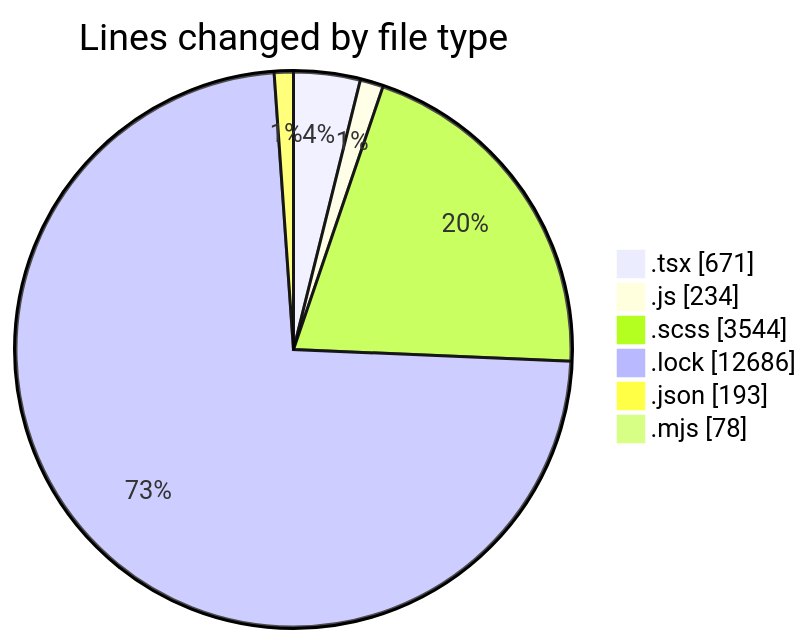
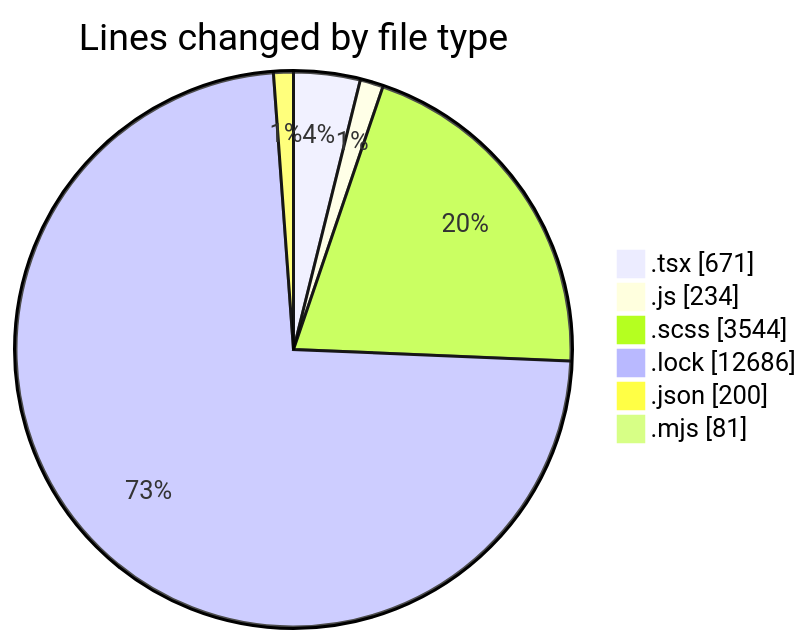
Before and after one commit to momahboobian/code-tracking: the first of 2 diagrams in 2026-01-22/cda-web-components/README.md, drawn with Mermaid. The commit also changed other lines of this file and 1 other file, not shown here.

````diff
--- a/2026-01-22/cda-web-components/README.md
+++ b/2026-01-22/cda-web-components/README.md
@@ -57,10 +57,10 @@
 ```mermaid
 pie showData
 title Lines changed by file type
 ".tsx" : 671
 ".js" : 234
 ".scss" : 3544
 ".lock" : 12686
-".json" : 193
-".mjs" : 78
+".json" : 200
+".mjs" : 81
 ```
````
